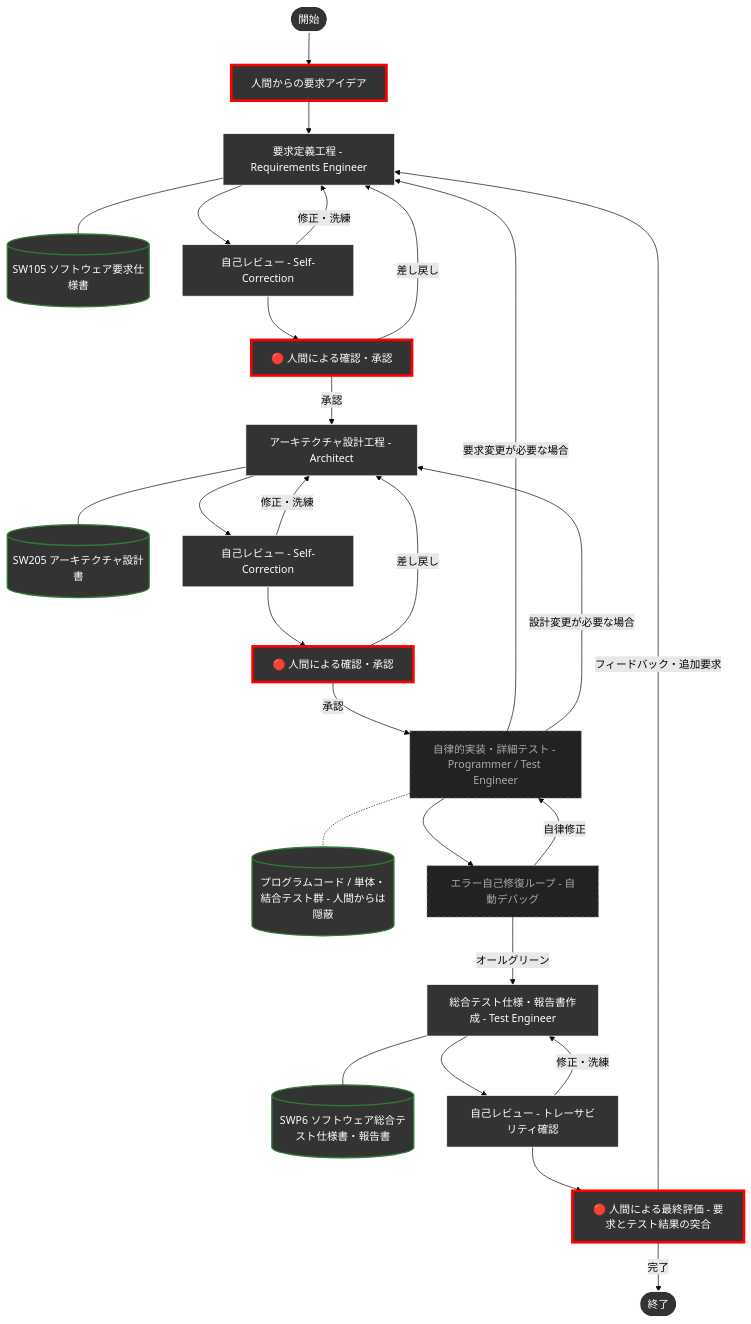
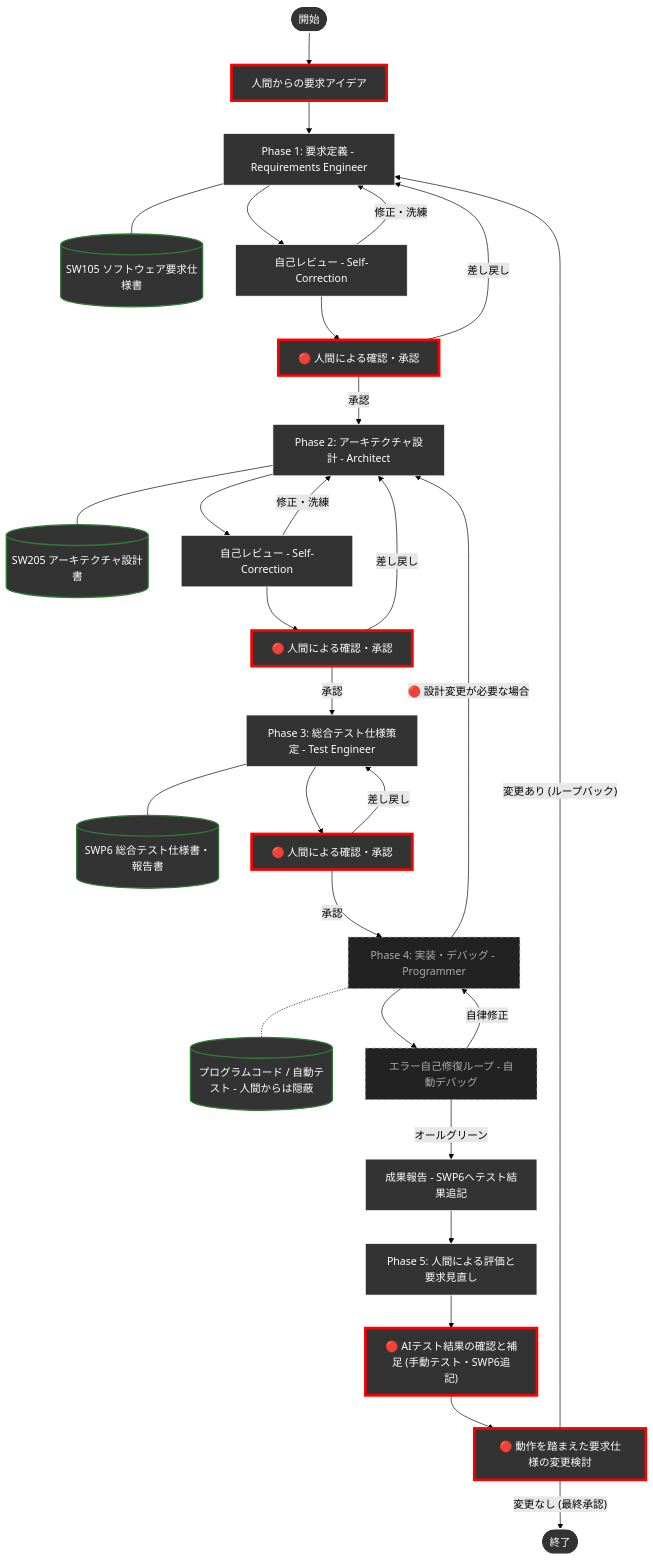
Before and after one commit to yamaPiT/SmartScene: the diagram in README.md, drawn with Mermaid (forest theme). The commit also changed other lines of this file and 47 other files, not shown here.

Commit message:
feat: bootstrap project framework with DADA process workflows, agent roles, architectural documentation, and core UI components

````diff
--- a/README.md
+++ b/README.md
@@ -69,46 +205,54 @@
 ```mermaid
 graph TD
     Start(["開始"]) --> UserReq["人間からの要求アイデア"]
-    UserReq --> Req["要求定義工程 - Requirements Engineer"]
+    
+    %% Phase 1
+    UserReq --> Req["Phase 1: 要求定義 - Requirements Engineer"]
     Req --- ReqDoc[("SW105 ソフトウェア要求仕様書")]
     Req --> ReqRev["自己レビュー - Self-Correction"]
     ReqRev -- 修正・洗練 --> Req
     ReqRev --> ReqHum["🔴 人間による確認・承認"]
     ReqHum -- 差し戻し --> Req
-    ReqHum -- 承認 --> Arch["アーキテクチャ設計工程 - Architect"]
-
+    
+    %% Phase 2
+    ReqHum -- 承認 --> Arch["Phase 2: アーキテクチャ設計 - Architect"]
     Arch --- ArchDoc[("SW205 アーキテクチャ設計書")]
     Arch --> ArchRev["自己レビュー - Self-Correction"]
     ArchRev -- 修正・洗練 --> Arch
     ArchRev --> ArchHum["🔴 人間による確認・承認"]
     ArchHum -- 差し戻し --> Arch
-    ArchHum -- 承認 --> Impl["自律的実装・詳細テスト - Programmer / Test Engineer"]
-
-    Impl -.- ProgDoc[("プログラムコード / 単体・結合テスト群 - 人間からは隠蔽")]
+    
+    %% Phase 3
+    ArchHum -- 承認 --> TestPlan["Phase 3: 総合テスト仕様策定 - Test Engineer"]
+    TestPlan --- TestDoc[("SWP6 総合テスト仕様書・報告書")]
+    TestPlan --> TestHum["🔴 人間による確認・承認"]
+    TestHum -- 差し戻し --> TestPlan
+    
+    %% Phase 4
+    TestHum -- 承認 --> Impl["Phase 4: 実装・デバッグ - Programmer"]
+    Impl -.- ProgDoc[("プログラムコード / 自動テスト - 人間からは隠蔽")]
     Impl --> ImplLoop["エラー自己修復ループ - 自動デバッグ"]
     ImplLoop -- 自律修正 --> Impl
-    Impl -- 要求変更が必要な場合 --> Req
-    Impl -- 設計変更が必要な場合 --> Arch
-    ImplLoop -- オールグリーン --> Test["総合テスト仕様・報告書作成 - Test Engineer"]
-
-    Test --- TestDoc[("SWP6 ソフトウェア総合テスト仕様書・報告書")]
-    Test --> TestRev["自己レビュー - トレーサビリティ確認"]
-    TestRev -- 修正・洗練 --> Test
-
-    TestRev --> Approve["🔴 人間による最終評価 - 要求とテスト結果の突合"]
-    Approve -- フィードバック・追加要求 --> Req
-    Approve -- 完了 --> End(["終了"])
+    Impl -- 🔴 設計変更が必要な場合 --> Arch
+    
+    %% Phase 5: 成果報告と評価
+    ImplLoop -- オールグリーン --> Report["成果報告 - SWP6へテスト結果追記"]
+    Report --> Eval["Phase 5: 人間による評価と要求見直し"]
+    Eval --> Eval1["🔴 AIテスト結果の確認と補足 (手動テスト・SWP6追記)"]
+    Eval1 --> Eval2["🔴 動作を踏まえた要求仕様の変更検討"]
+    Eval2 -- 変更あり (ループバック) --> Req
+    Eval2 -- 変更なし (最終承認) --> End(["終了"])
 
     %% スタイル定義
     classDef human fill:#333333,stroke:#ff0000,stroke-width:4px,color:#ffffff;
     classDef agent fill:#333333,stroke:#FFFFFF,stroke-width:1px,color:#ffffff;
     classDef doc fill:#333333,stroke:#2e7d32,stroke-width:2px,color:#ffffff;
     classDef hiddenAgent fill:#222222,stroke:#aaaaaa,stroke-width:1px,stroke-dasharray: 5 5,color:#aaaaaa;
     classDef startEnd fill:#333333,stroke:#ffffff,stroke-width:2px,color:#ffffff;
 
-    class UserReq,ReqHum,ArchHum,Approve human;
-    class Req,ReqRev,Arch,ArchRev,Test,TestRev agent;
+    class UserReq,ReqHum,ArchHum,TestHum,Eval1,Eval2 human;
+    class Req,ReqRev,Arch,ArchRev,TestPlan,Report,Eval agent;
     class Impl,ImplLoop hiddenAgent;
     class ReqDoc,ArchDoc,ProgDoc,TestDoc doc;
     class Start,End startEnd;
 ```
````
